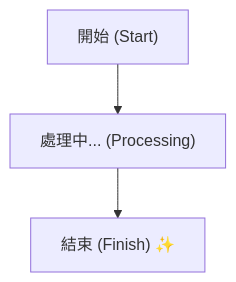
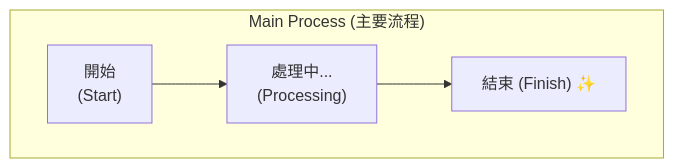
The first of 2 diagrams in lings-desktop/Templates/Prompts/mermaid_rules.md (stevenlee/ling-ling), drawn with Mermaid before and after one commit. The commit also changed other lines of this file and 5 other files, not shown here.

First line of the commit message:
Fix(parser): Add robust repairs for Mermaid syntax, Markdown tables, and bold spacing

````diff
--- a/lings-desktop/Templates/Prompts/mermaid_rules.md
+++ b/lings-desktop/Templates/Prompts/mermaid_rules.md
@@ -25,5 +35,7 @@
 ```mermaid
 flowchart TD
-    Start["開始 (Start)"] --> Process1["處理中... (Processing)"]
-    Process1 --> End["結束 (Finish) ✨"]
+    subgraph "Main Process (主要流程)"
+        Start["開始<br/>(Start)"] --> Process1["處理中...<br/>(Processing)"]
+        Process1 --> End["結束 (Finish) ✨"]
+    end
 ```
````
